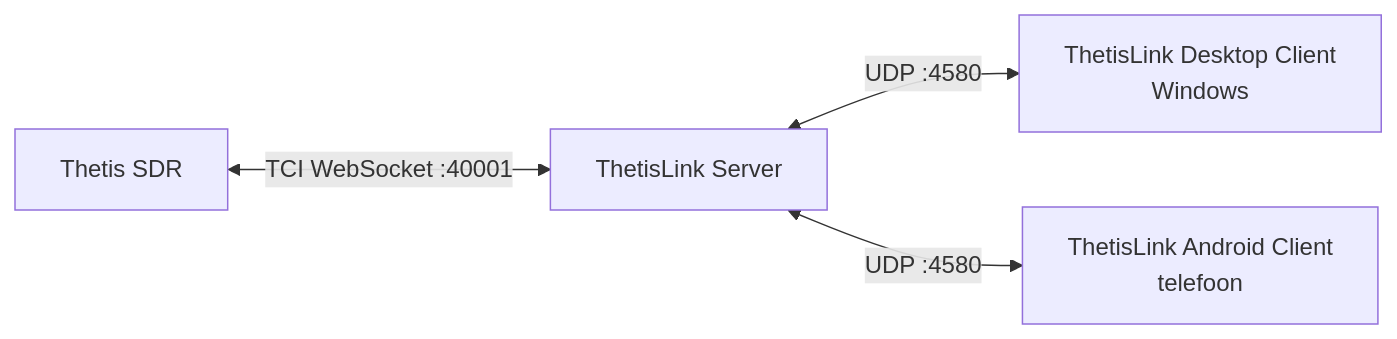
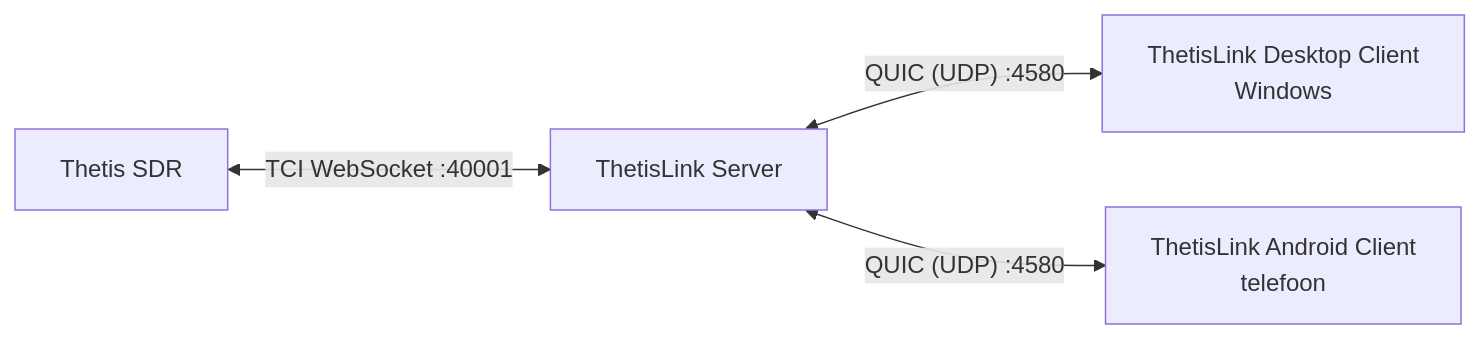
Before and after one commit to cjenschede/ThetisLink: the first of 4 diagrams in Installatie.md, drawn with Mermaid. The commit also changed other lines of this file and 185 other files, not shown here.

````diff
--- a/Installatie.md
+++ b/Installatie.md
@@ -42,6 +42,6 @@
 ```mermaid
 flowchart LR
     Thetis[Thetis SDR] <-->|"TCI WebSocket :40001"| Server[ThetisLink Server]
-    Server <-->|"UDP :4580"| Desktop[ThetisLink Desktop Client<br>Windows]
-    Server <-->|"UDP :4580"| Android[ThetisLink Android Client<br>telefoon]
+    Server <-->|"QUIC (UDP) :4580"| Desktop[ThetisLink Desktop Client<br>Windows]
+    Server <-->|"QUIC (UDP) :4580"| Android[ThetisLink Android Client<br>telefoon]
 ```
````
